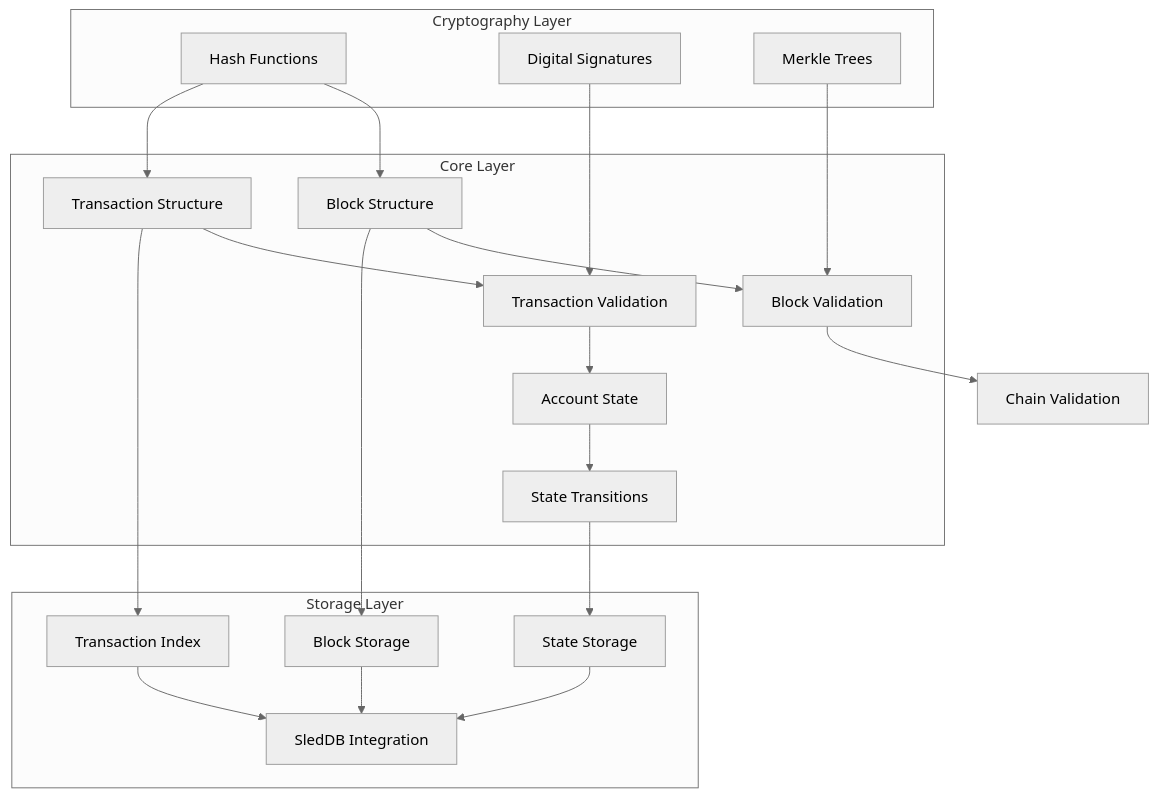
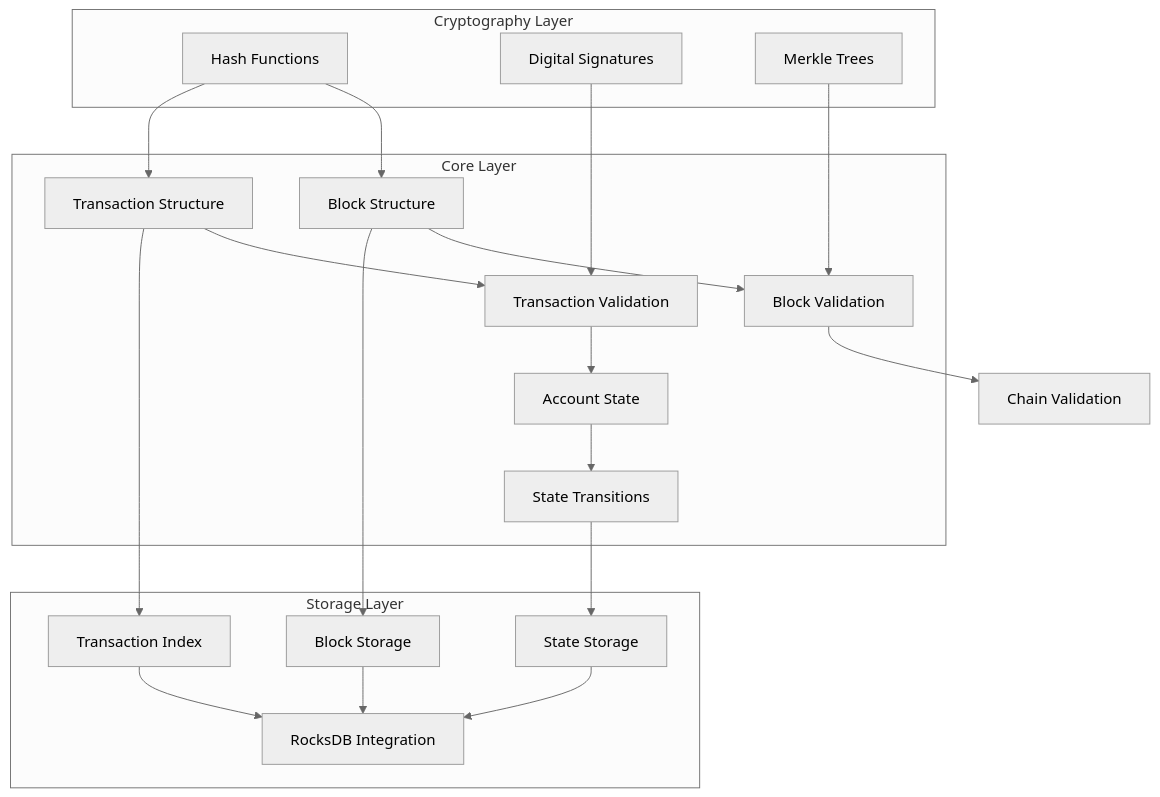
Before and after one commit to juant72/Blocana: the first of 2 diagrams in docs/architecture/stage1-architecture.md, drawn with Mermaid (neutral theme). The commit also changed other lines of this file and 7 other files, not shown here.

Commit message:
refactor: migrate storage engine from SledDB to RocksDB across documentation

````diff
--- a/docs/architecture/stage1-architecture.md
+++ b/docs/architecture/stage1-architecture.md
@@ -9,27 +9,27 @@
 ```mermaid
 graph TD
     subgraph Core Layer
         A[Block Structure] --> B[Block Validation]
         C[Transaction Structure] --> D[Transaction Validation]
         E[Account State] --> F[State Transitions]
     end
     
     subgraph Cryptography Layer
         G[Hash Functions] --> A
         G --> C
         H[Digital Signatures] --> D
         I[Merkle Trees] --> B
     end
     
     subgraph Storage Layer
-        J[Block Storage] --> K[SledDB Integration]
+        J[Block Storage] --> K[RocksDB Integration]
         L[State Storage] --> K
         M[Transaction Index] --> K
     end
     
     A --> J
     C --> M
     D --> E
     F --> L
     B --> N[Chain Validation]
 ```
````
